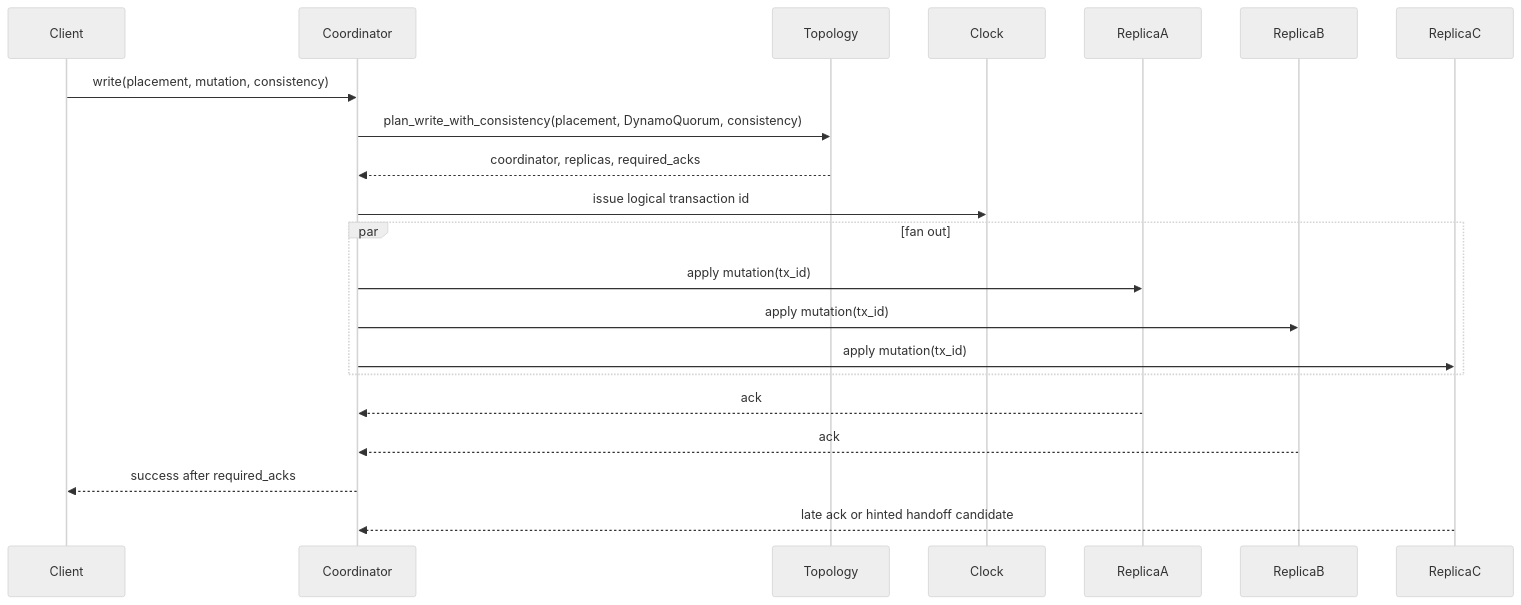
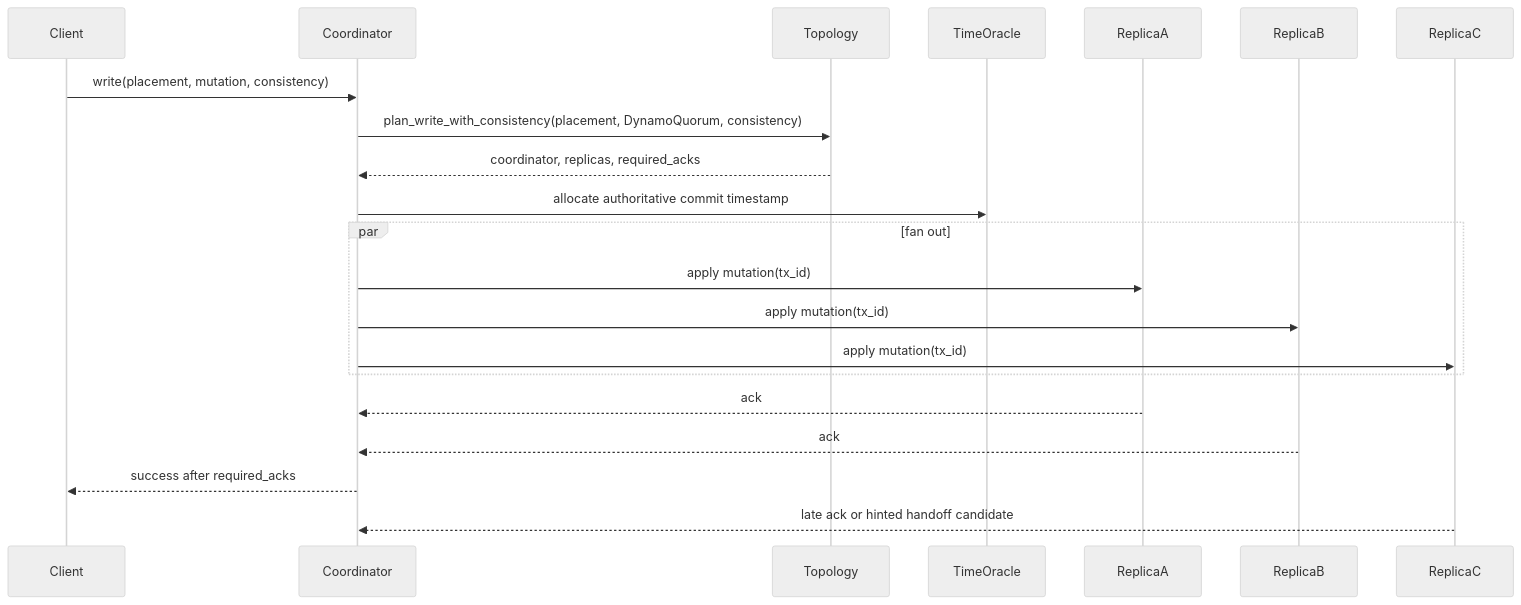
One commit to orneryd/copperDB changed the first of 3 diagrams in docs/plans/distributed-execution-architecture.md. Above: the diagram before and after it, drawn with Mermaid (neutral theme). The commit also changed other lines of this file and 61 other files, not shown here.

````diff
--- a/docs/plans/distributed-execution-architecture.md
+++ b/docs/plans/distributed-execution-architecture.md
@@ -32,24 +34,24 @@
 ```mermaid
 sequenceDiagram
     participant Client
     participant Coordinator
     participant Topology
-    participant Clock
+    participant TimeOracle
     participant ReplicaA
     participant ReplicaB
     participant ReplicaC
 
     Client->>Coordinator: write(placement, mutation, consistency)
     Coordinator->>Topology: plan_write_with_consistency(placement, DynamoQuorum, consistency)
     Topology-->>Coordinator: coordinator, replicas, required_acks
-    Coordinator->>Clock: issue logical transaction id
+    Coordinator->>TimeOracle: allocate authoritative commit timestamp
     par fan out
         Coordinator->>ReplicaA: apply mutation(tx_id)
         Coordinator->>ReplicaB: apply mutation(tx_id)
         Coordinator->>ReplicaC: apply mutation(tx_id)
     end
     ReplicaA-->>Coordinator: ack
     ReplicaB-->>Coordinator: ack
     Coordinator-->>Client: success after required_acks
     ReplicaC-->>Coordinator: late ack or hinted handoff candidate
 ```
````
